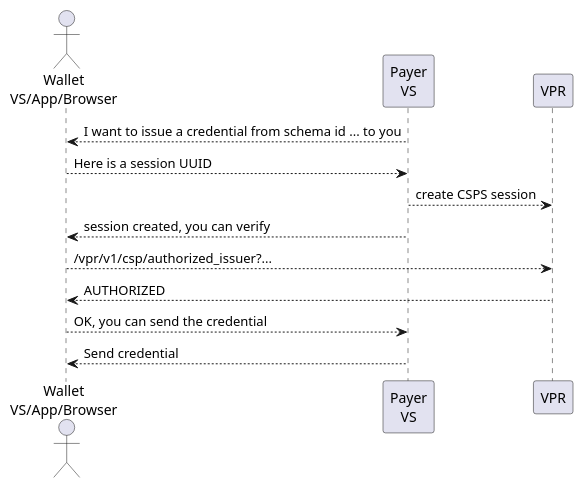
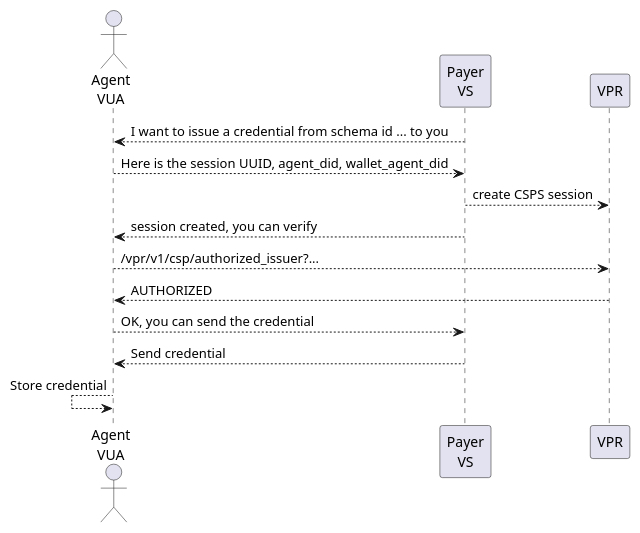
The seventh of 12 diagrams in spec.md (verana-labs/verifiable-trust-vpr-spec), drawn with PlantUML before and after one commit. The commit also changed other lines of this file, not shown here.

````diff
--- a/spec.md
+++ b/spec.md
@@ -2065,17 +2740,18 @@
 ```plantuml
 scale max 800 width
-actor "Wallet\nVS/App/Browser" as Issued 
+actor "Agent\nVUA" as Issued 
 participant "Payer\nVS" as Issuer 
 participant "VPR" as vpr 
 
 
 Issued <-- Issuer: I want to issue a credential from schema id ... to you
-Issued --> Issuer: Here is a session UUID
+Issued --> Issuer: Here is the session UUID, agent_did, wallet_agent_did
 Issuer --> vpr: create CSPS session
 Issued <-- Issuer: session created, you can verify
 Issued --> vpr: /vpr/v1/csp/authorized_issuer?...
 Issued <-- vpr: AUTHORIZED
 Issued --> Issuer: OK, you can send the credential
 Issued <-- Issuer: Send credential
+Issued <-- Issued: Store credential
 
 ```
````
